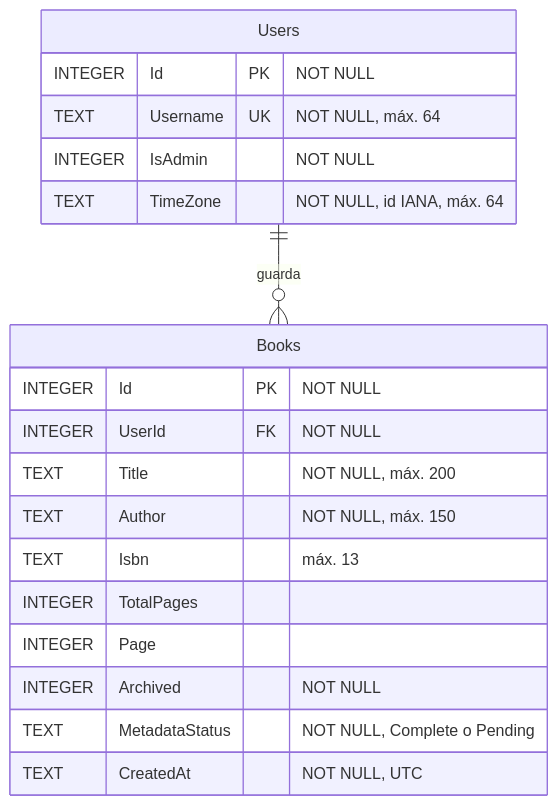
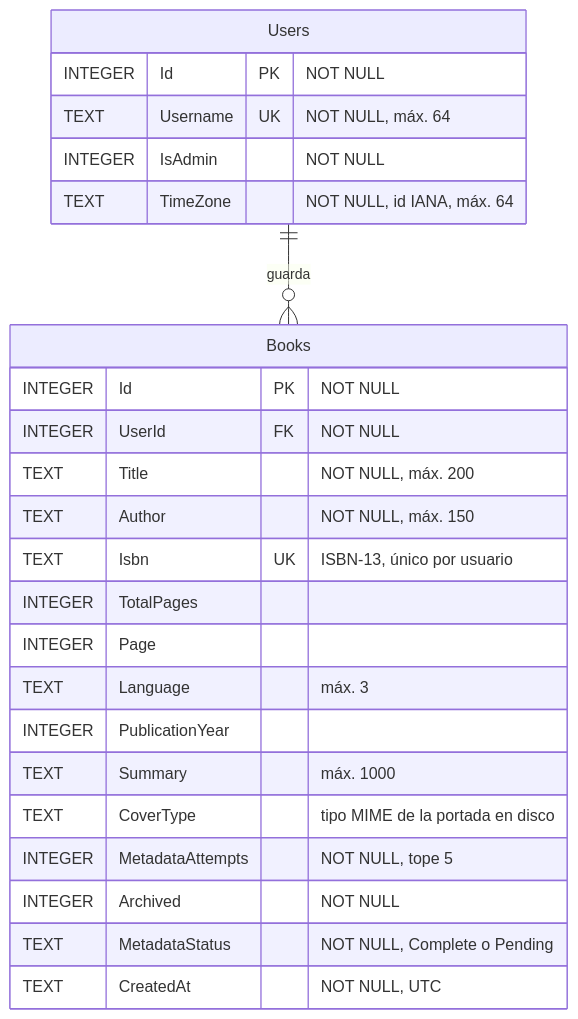
Before and after one commit to matiasdante/dager-habit: the diagram in docs/database.md, drawn with Mermaid. The commit also changed other lines of this file and 11 other files, not shown here.

````diff
--- a/docs/database.md
+++ b/docs/database.md
@@ -7,24 +9,29 @@
 ```mermaid
 erDiagram
     Users ||--o{ Books : "guarda"
 
     Users {
         INTEGER Id PK "NOT NULL"
         TEXT Username UK "NOT NULL, máx. 64"
         INTEGER IsAdmin "NOT NULL"
         TEXT TimeZone "NOT NULL, id IANA, máx. 64"
     }
 
     Books {
         INTEGER Id PK "NOT NULL"
         INTEGER UserId FK "NOT NULL"
         TEXT Title "NOT NULL, máx. 200"
         TEXT Author "NOT NULL, máx. 150"
-        TEXT Isbn "máx. 13"
+        TEXT Isbn UK "ISBN-13, único por usuario"
         INTEGER TotalPages
         INTEGER Page
+        TEXT Language "máx. 3"
+        INTEGER PublicationYear
+        TEXT Summary "máx. 1000"
+        TEXT CoverType "tipo MIME de la portada en disco"
+        INTEGER MetadataAttempts "NOT NULL, tope 5"
         INTEGER Archived "NOT NULL"
         TEXT MetadataStatus "NOT NULL, Complete o Pending"
         TEXT CreatedAt "NOT NULL, UTC"
     }
 ```
````
